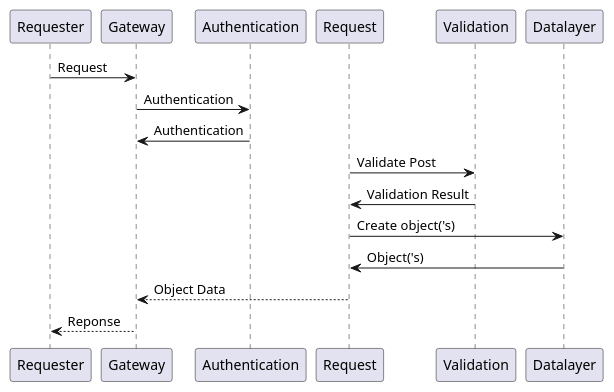
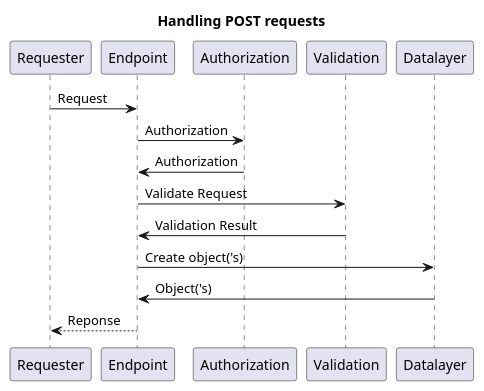
Before and after one commit to CommonGateway/CoreBundle: the diagram in docs/features/request_post.puml, drawn with PlantUML. The commit also changed 4 other files, not shown here.

```diff
--- a/docs/features/request_post.puml
+++ b/docs/features/request_post.puml
@@ -1,11 +1,11 @@
 @startuml
-Requester -> Gateway: Request
-Gateway -> Authentication  : Authentication
-Authentication -> Gateway  : Authentication
-Request -> Validation : Validate Post
-Validation -> Request : Validation Result
-Request -> Datalayer : Create object('s)
-Datalayer -> Request : Object('s)
-Request --> Gateway: Object Data
-Gateway --> Requester: Reponse
+title: Handling POST requests
+Requester -> Endpoint: Request
+Endpoint -> Authorization  : Authorization
+Authorization -> Endpoint  : Authorization
+Endpoint -> Validation : Validate Request
+Validation -> Endpoint : Validation Result
+Endpoint -> Datalayer : Create object('s)
+Datalayer -> Endpoint : Object('s)
+Endpoint --> Requester: Reponse
 @enduml
```
